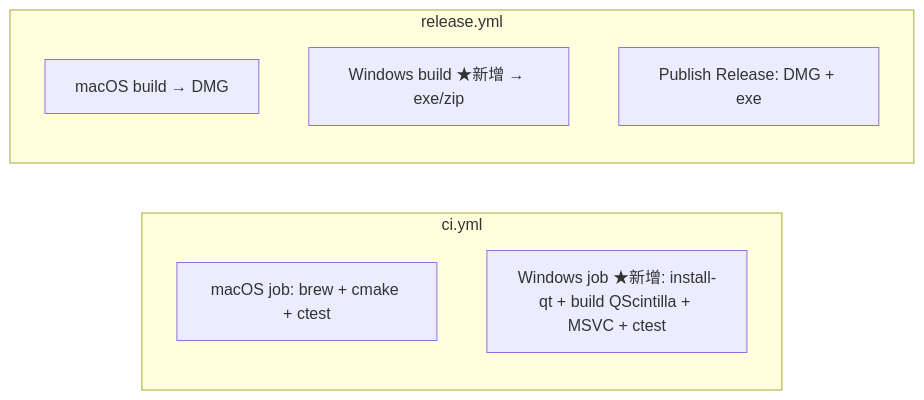
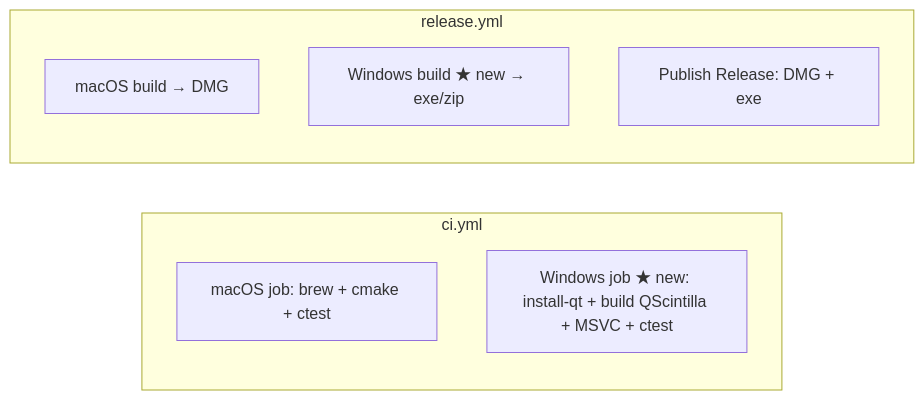
Before and after one commit to EddyKuo/macpadpp: the second of 2 diagrams in docs/windows_sa_sd.md, drawn with Mermaid. The commit also changed other lines of this file and 24 other files, not shown here.

````diff
--- a/docs/windows_sa_sd.md
+++ b/docs/windows_sa_sd.md
@@ -184,12 +198,12 @@
 ```mermaid
 flowchart LR
     subgraph ci[ci.yml]
       m[macOS job: brew + cmake + ctest]
-      w[Windows job ★新增: install-qt + build QScintilla + MSVC + ctest]
+      w[Windows job ★ new: install-qt + build QScintilla + MSVC + ctest]
     end
     subgraph rel[release.yml]
       mb[macOS build → DMG]
-      wb[Windows build ★新增 → exe/zip]
+      wb[Windows build ★ new → exe/zip]
       pub[Publish Release: DMG + exe]
     end
 ```
````
